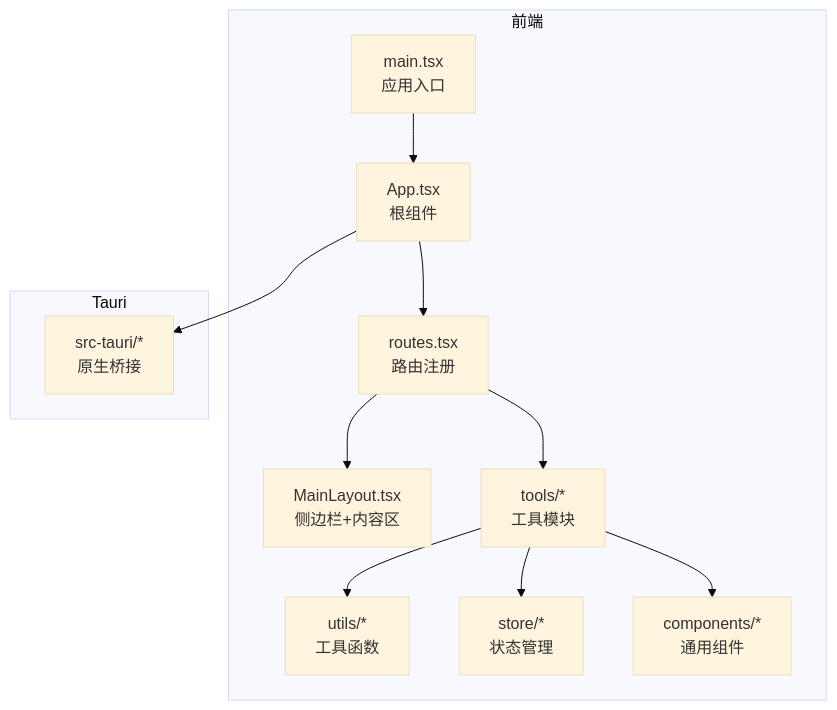
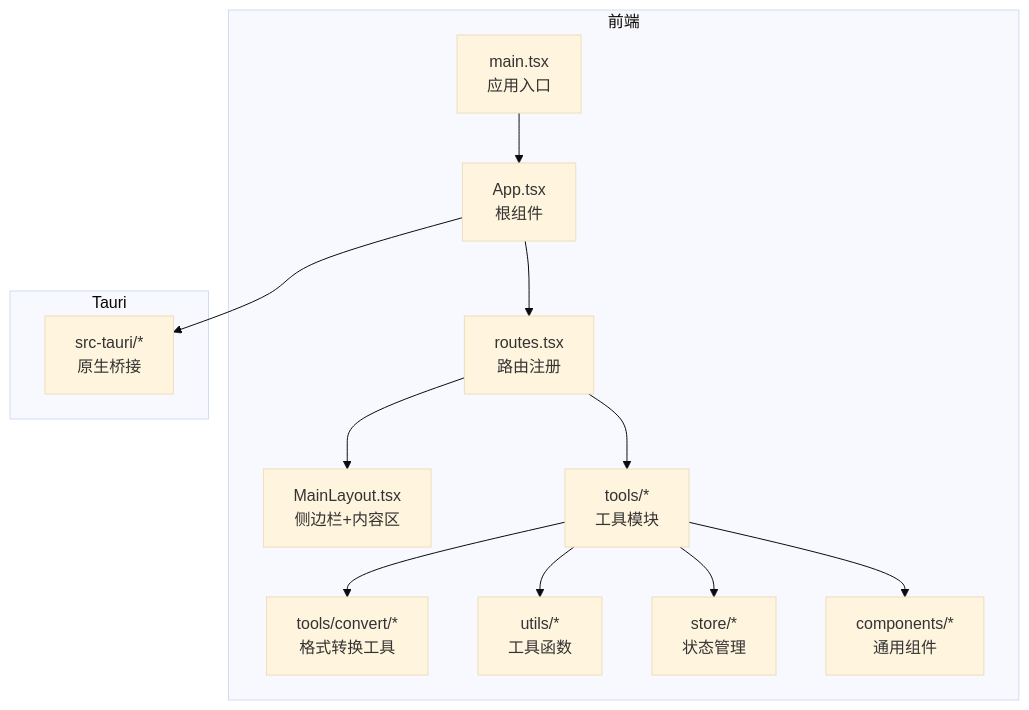
One commit to xkdaq/XKUtil changed the first of 10 diagrams in .qoder/repowiki/zh/content/开发指南/开发指南.md. Above: the diagram before and after it, drawn with Mermaid (base theme). The commit also changed other lines of this file and 3 other files, not shown here.

````diff
--- a/.qoder/repowiki/zh/content/开发指南/开发指南.md
+++ b/.qoder/repowiki/zh/content/开发指南/开发指南.md
@@ -52,22 +64,24 @@
 ```mermaid
 graph TB
 subgraph "前端"
 M["main.tsx<br/>应用入口"]
 A["App.tsx<br/>根组件"]
 R["routes.tsx<br/>路由注册"]
 L["MainLayout.tsx<br/>侧边栏+内容区"]
 T["tools/*<br/>工具模块"]
+CT["tools/convert/*<br/>格式转换工具"]
 U["utils/*<br/>工具函数"]
 S["store/*<br/>状态管理"]
 C["components/*<br/>通用组件"]
 end
 subgraph "Tauri"
 TA["src-tauri/*<br/>原生桥接"]
 end
 M --> A --> R --> L
 R --> T
+T --> CT
 T --> U
 T --> S
 T --> C
 A --> TA
 ```
````
